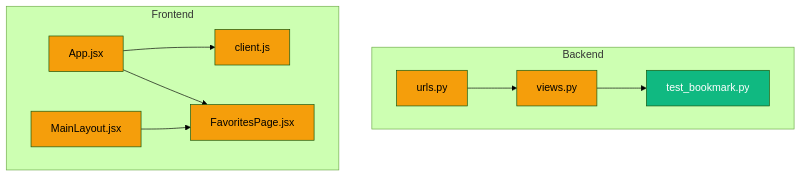
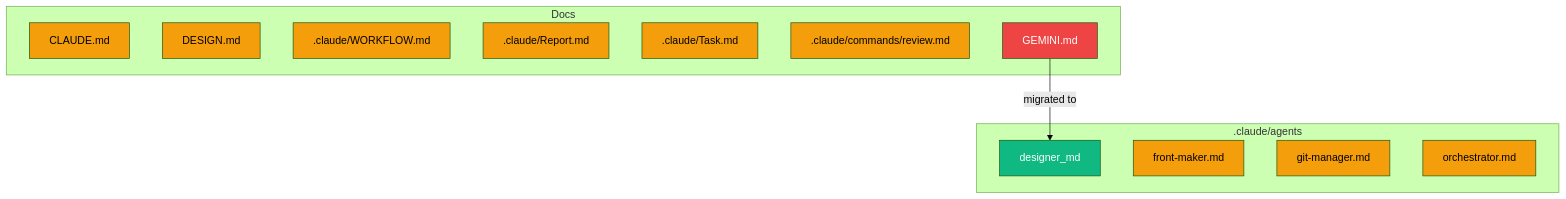
One commit to hongikarchi/archi-tinder changed the fourth of 4 diagrams in .claude/Report.md. Above: the diagram before and after it, drawn with Mermaid (forest theme). The commit also changed other lines of this file and 2 other files, not shown here.

````diff
--- a/.claude/Report.md
+++ b/.claude/Report.md
@@ -204,22 +208,23 @@
 ```mermaid
 graph TD
-    subgraph Backend
-        urls.py:::modified
-        views.py:::modified
-        test_bookmark.py:::new
+    subgraph AgentConfig[".claude/agents"]
+        designer_md:::new
+        front_maker_md["front-maker.md"]:::modified
+        git_manager_md["git-manager.md"]:::modified
+        orchestrator_md["orchestrator.md"]:::modified
     end
-    subgraph Frontend
-        App.jsx:::modified
-        client.js:::modified
-        MainLayout.jsx:::modified
-        FavoritesPage.jsx:::modified
+    subgraph Docs
+        CLAUDE_md["CLAUDE.md"]:::modified
+        DESIGN_md["DESIGN.md"]:::modified
+        WORKFLOW_md[".claude/WORKFLOW.md"]:::modified
+        Report_md[".claude/Report.md"]:::modified
+        Task_md[".claude/Task.md"]:::modified
+        review_md[".claude/commands/review.md"]:::modified
+        GEMINI_md["GEMINI.md"]:::deleted
     end
-    views.py --> test_bookmark.py
-    urls.py --> views.py
-    App.jsx --> client.js
-    App.jsx --> FavoritesPage.jsx
-    MainLayout.jsx --> FavoritesPage.jsx
+    GEMINI_md -->|migrated to| designer_md
 
     classDef new fill:#10b981,color:#fff
     classDef modified fill:#f59e0b,color:#000
+    classDef deleted fill:#ef4444,color:#fff
 ```
````
